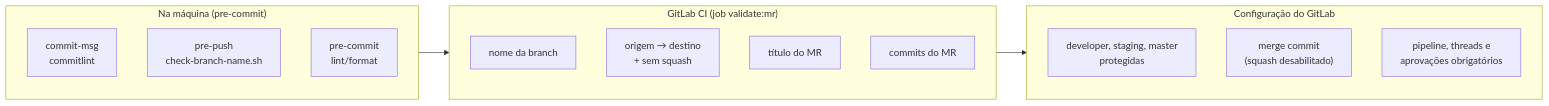
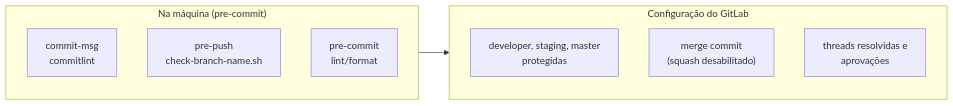
One commit to oseasmoreto/bot-chat changed the fifth of 5 diagrams in frontend/CONTRIBUTING.md. Above: the diagram before and after it, drawn with Mermaid. The commit also changed other lines of this file and 48 other files, not shown here.

````diff
--- a/frontend/CONTRIBUTING.md
+++ b/frontend/CONTRIBUTING.md
@@ -397,20 +393,14 @@
 ```mermaid
 flowchart LR
     subgraph local["Na máquina (pre-commit)"]
         h1["commit-msg<br/>commitlint"]
         h2["pre-push<br/>check-branch-name.sh"]
         h3["pre-commit<br/>lint/format"]
     end
-    subgraph ci["GitLab CI (job validate:mr)"]
-        c1["nome da branch"]
-        c2["origem → destino<br/>+ sem squash"]
-        c3["título do MR"]
-        c4["commits do MR"]
-    end
     subgraph gl["Configuração do GitLab"]
         g1["developer, staging, master<br/>protegidas"]
         g2["merge commit<br/>(squash desabilitado)"]
-        g3["pipeline, threads e<br/>aprovações obrigatórios"]
+        g3["threads resolvidas e<br/>aprovações"]
     end
-    local --> ci --> gl
+    local --> gl
 ```
````
